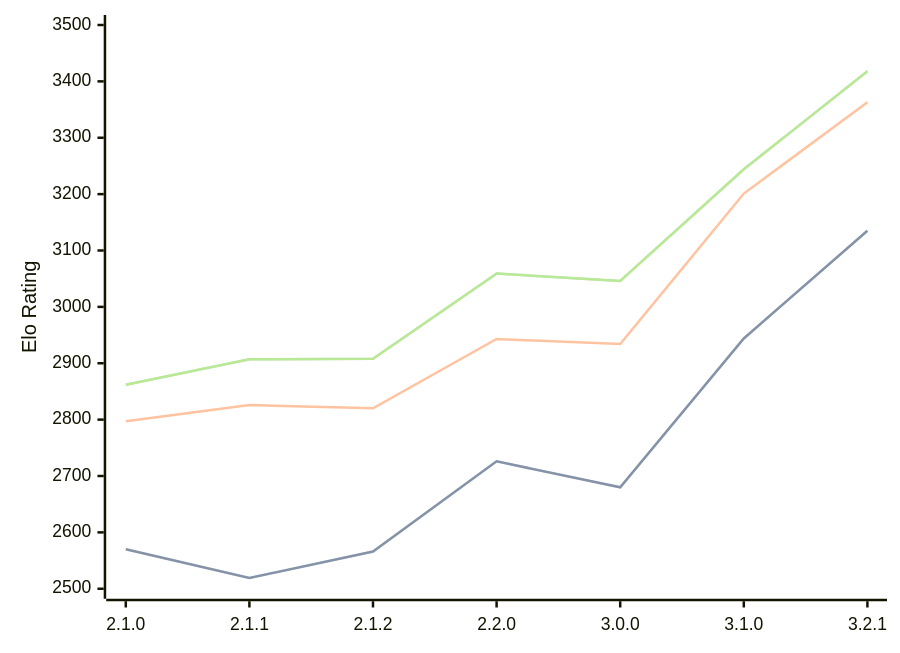
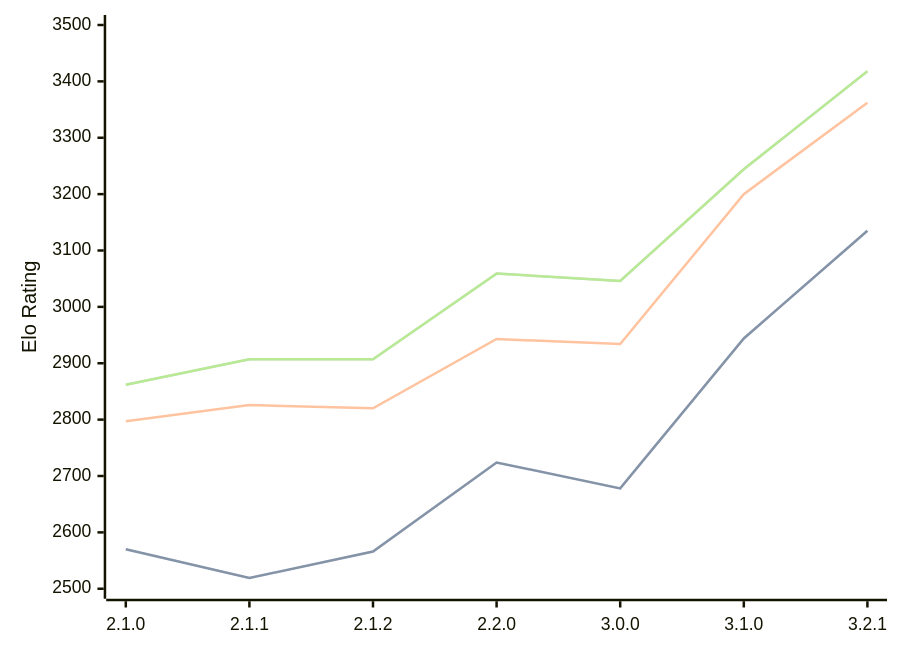
Before and after one commit to computer-chess-index/cci: the diagram in engines/Prune.md, drawn with Mermaid. The commit also changed other lines of this file, not shown here.

Commit message:
Update CCI Ratings (ELO VLTC) - 2026-04-28

````diff
--- a/engines/Prune.md
+++ b/engines/Prune.md
@@ -42,11 +42,11 @@
 ```mermaid
 %%{init: {"theme":"base","themeVariables":{"seriesColors:['#a3a3a3','#222221','#faa371']}}}%%
 xychart-beta
   x-axis ["2.1.0", "2.1.1", "2.1.2", "2.2.0", "3.0.0", "3.1.0", "3.2.1"]
   y-axis "Elo Rating" 2500 --> 3500
-  line "STC (8.0+0.08s)" [2570, 2519, 2566, 2726, 2680, 2944, 3135]
-  line "STC (8.0+0.08s)" [2570, 2519, 2566, 2726, 2680, 2944, 3135]
-  line "LTC (60.0+0.60s)" [2797, 2826, 2820, 2943, 2934, 3201, 3363]
-  line "VLTC (2m24s+1.12s)" [2862, 2907, 2908, 3059, 3046, 3244, 3418]
-  line "VLTC (2m24s+1.12s)" [2862, 2907, 2908, 3059, 3046, 3244, 3418]
+  line "STC (8.0+0.08s)" [2570, 2519, 2566, 2724, 2678, 2944, 3135]
+  line "STC (8.0+0.08s)" [2570, 2519, 2566, 2724, 2678, 2944, 3135]
+  line "LTC (60.0+0.60s)" [2797, 2826, 2820, 2943, 2934, 3200, 3362]
+  line "VLTC (2m24s+1.12s)" [2862, 2907, 2907, 3059, 3046, 3244, 3418]
+  line "VLTC (2m24s+1.12s)" [2862, 2907, 2907, 3059, 3046, 3244, 3418]
 ```
````
